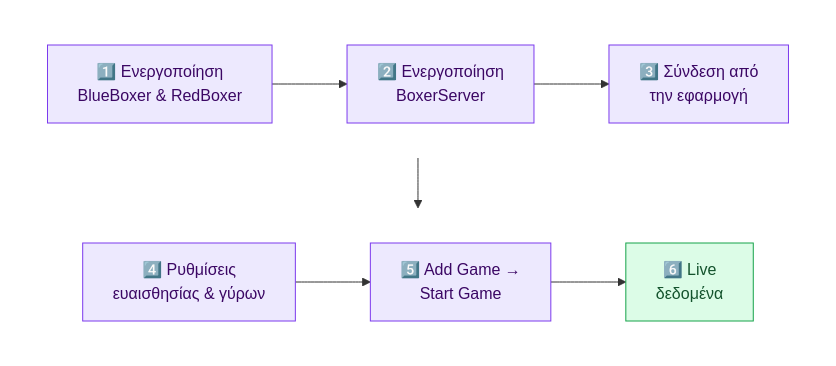
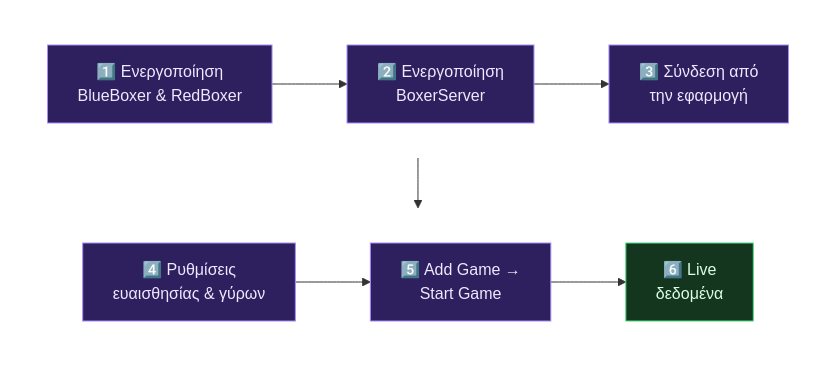
One commit to sanguinarypc/BoxingGymSensorsProject changed the diagram in pictures/diagrams/run_flow_el.mmd. Above: the diagram before and after it, drawn with Mermaid. The commit also changed 11 other files, not shown here.

```diff
--- a/pictures/diagrams/run_flow_el.mmd
+++ b/pictures/diagrams/run_flow_el.mmd
@@ -1,17 +1,17 @@
 flowchart TB
     subgraph R1[" "]
         direction LR
         A["1️⃣ Ενεργοποίηση<br/>BlueBoxer & RedBoxer"] --> B["2️⃣ Ενεργοποίηση<br/>BoxerServer"] --> C["3️⃣ Σύνδεση από<br/>την εφαρμογή"]
     end
     subgraph R2[" "]
         direction LR
         D["4️⃣ Ρυθμίσεις<br/>ευαισθησίας & γύρων"] --> E["5️⃣ Add Game →<br/>Start Game"] --> F["6️⃣ Live<br/>δεδομένα"]
     end
     R1 --> R2
 
-    classDef step fill:#EDE9FE,stroke:#7C3AED,color:#3B0764
-    classDef live fill:#DCFCE7,stroke:#16A34A,color:#14532D
+    classDef step fill:#2E1F5E,stroke:#A78BFA,color:#EDE9FE
+    classDef live fill:#14361F,stroke:#4ADE80,color:#DCFCE7
     class A,B,C,D,E step
     class F live
     style R1 fill:transparent,stroke:transparent
     style R2 fill:transparent,stroke:transparent
```
